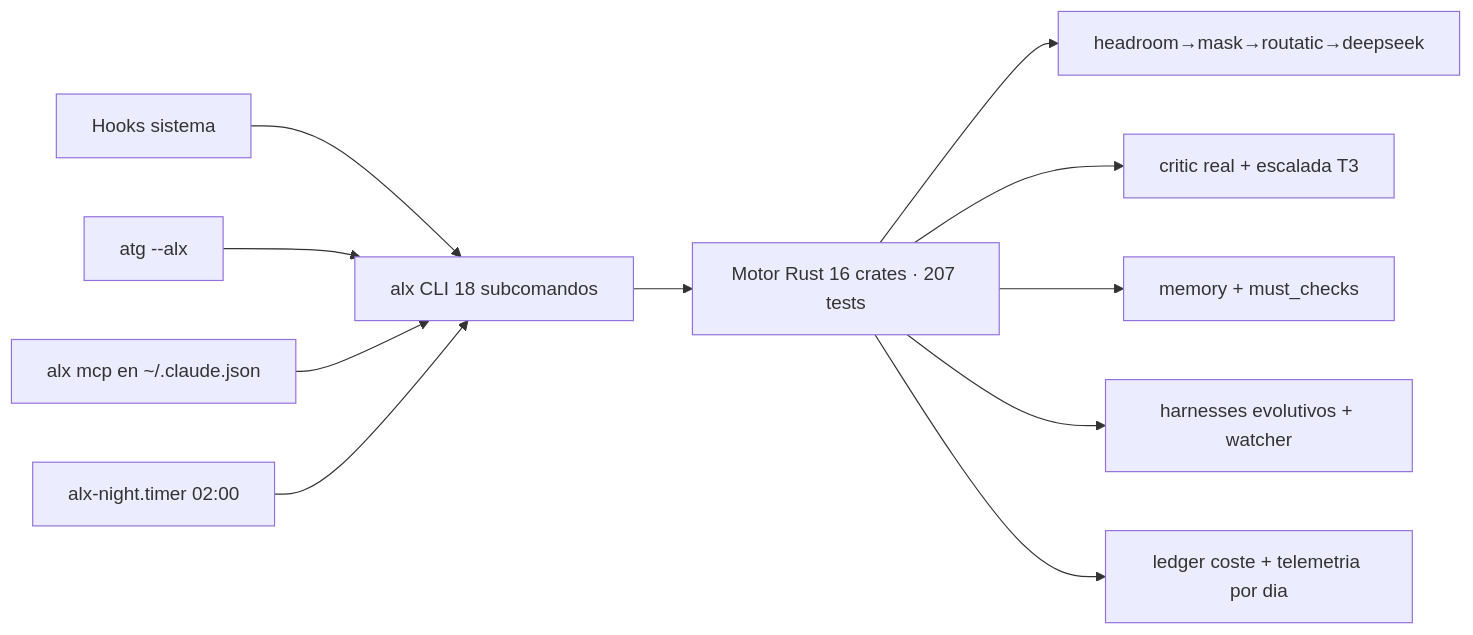
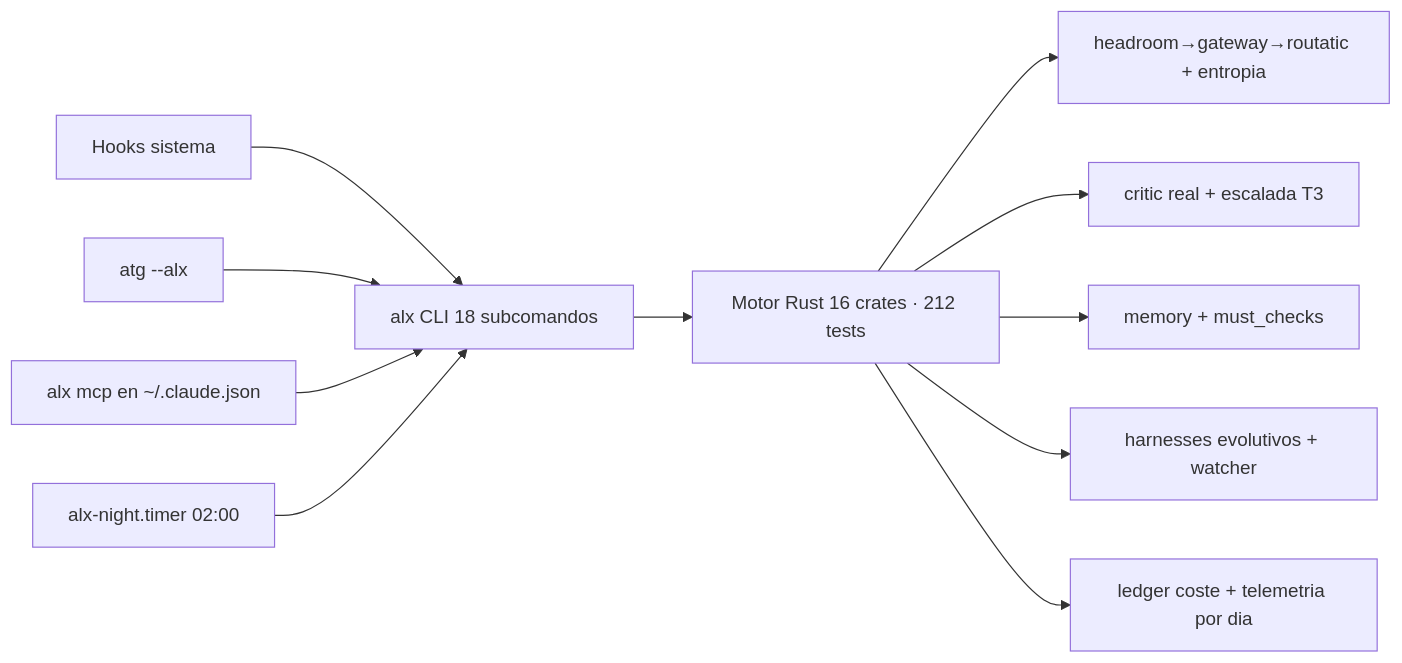
One commit to Solar2004/alexandria-ai changed the diagram in ESTADO.md. Above: the diagram before and after it, drawn with Mermaid. The commit also changed other lines of this file and 12 other files, not shown here.

````diff
--- a/ESTADO.md
+++ b/ESTADO.md
@@ -67,13 +90,13 @@
 ```mermaid
 flowchart LR
-    ALX[alx CLI 18 subcomandos] --> ENGINE[Motor Rust 16 crates · 207 tests]
-    ENGINE --> RED[headroom→mask→routatic→deepseek]
+    ALX[alx CLI 18 subcomandos] --> ENGINE[Motor Rust 16 crates · 212 tests]
+    ENGINE --> RED[headroom→gateway→routatic + entropia]
     ENGINE --> CRITIC[critic real + escalada T3]
     ENGINE --> MEM[memory + must_checks]
     ENGINE --> EVOLVE[harnesses evolutivos + watcher]
     ENGINE --> LEDGER[ledger coste + telemetria por dia]
     HOOKS[Hooks sistema] --> ALX
     ATG[atg --alx] --> ALX
     MCP[alx mcp en ~/.claude.json] --> ALX
     SYSTEMD[alx-night.timer 02:00] --> ALX
 ```
````
